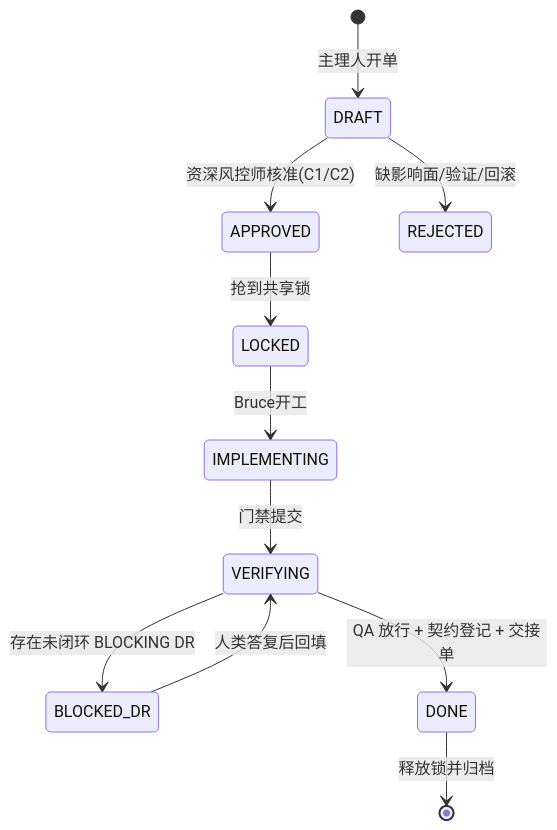
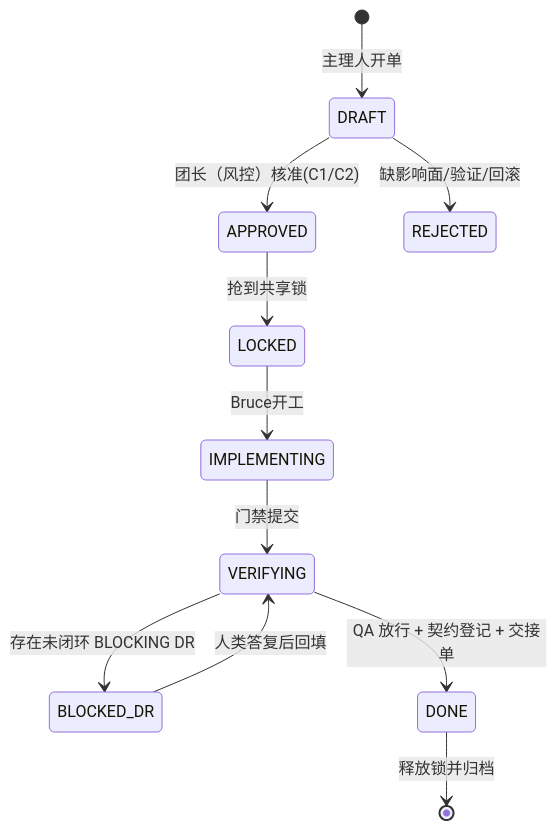
The diagram in docs/03-shared-surface-control.md (aispin/ai-matrix-team), drawn with Mermaid before and after one commit. The commit also changed other lines of this file and 10 other files, not shown here.

````diff
--- a/docs/03-shared-surface-control.md
+++ b/docs/03-shared-surface-control.md
@@ -83,13 +83,13 @@
 ```mermaid
 stateDiagram-v2
   [*] --> DRAFT: 主理人开单
-  DRAFT --> APPROVED: 资深风控师核准(C1/C2)
+  DRAFT --> APPROVED: 团长（风控）核准(C1/C2)
   DRAFT --> REJECTED: 缺影响面/验证/回滚
   APPROVED --> LOCKED: 抢到共享锁
   LOCKED --> IMPLEMENTING: Bruce开工
   IMPLEMENTING --> VERIFYING: 门禁提交
   VERIFYING --> BLOCKED_DR: 存在未闭环 BLOCKING DR
   BLOCKED_DR --> VERIFYING: 人类答复后回填
   VERIFYING --> DONE: QA 放行 + 契约登记 + 交接单
   DONE --> [*]: 释放锁并归档
 ```
````
